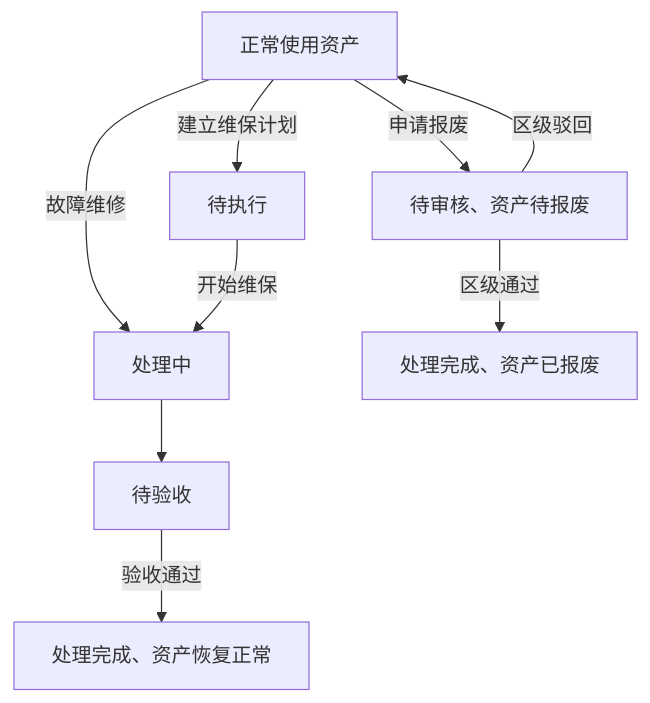
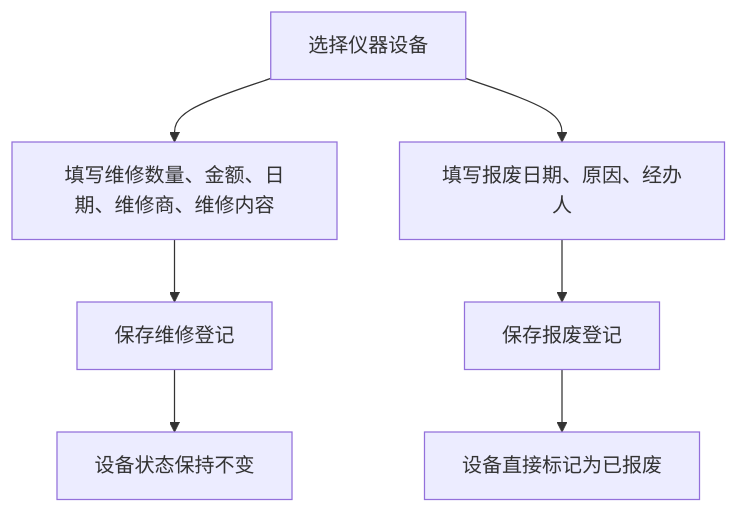
The seventh of 10 diagrams in new-demo/当前Demo业务流程与数据关系闭环评估报告.md (AlettaOkori/Qingpu_LaboratoryManagementSystem), drawn with Mermaid before and after one commit. The commit also changed other lines of this file and 37 other files, not shown here.

````diff
--- a/new-demo/当前Demo业务流程与数据关系闭环评估报告.md
+++ b/new-demo/当前Demo业务流程与数据关系闭环评估报告.md
@@ -260,13 +324,10 @@
 ```mermaid
 flowchart TB
-  A[正常使用资产] -->|故障维修| B[处理中]
-  B --> C[待验收]
-  C -->|验收通过| D[处理完成、资产恢复正常]
+  A[选择仪器设备] --> B[填写维修数量、金额、日期、维修商、维修内容]
+  B --> C[保存维修登记]
+  C --> D[设备状态保持不变]
 
-  A -->|建立维保计划| E[待执行]
-  E -->|开始维保| B
-
-  A -->|申请报废| F[待审核、资产待报废]
-  F -->|区级通过| G[处理完成、资产已报废]
-  F -->|区级驳回| A
+  A --> E[填写报废日期、原因、经办人]
+  E --> F[保存报废登记]
+  F --> G[设备直接标记为已报废]
 ```
````
